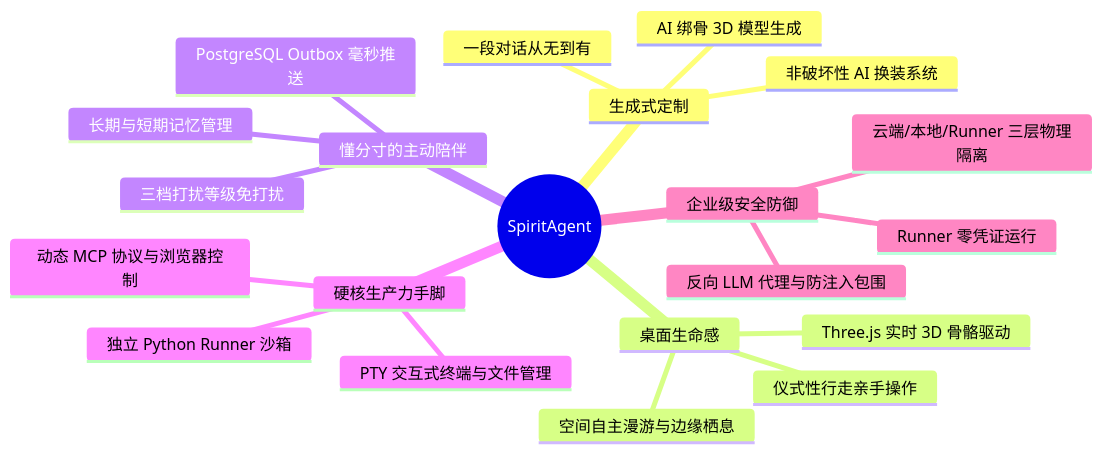
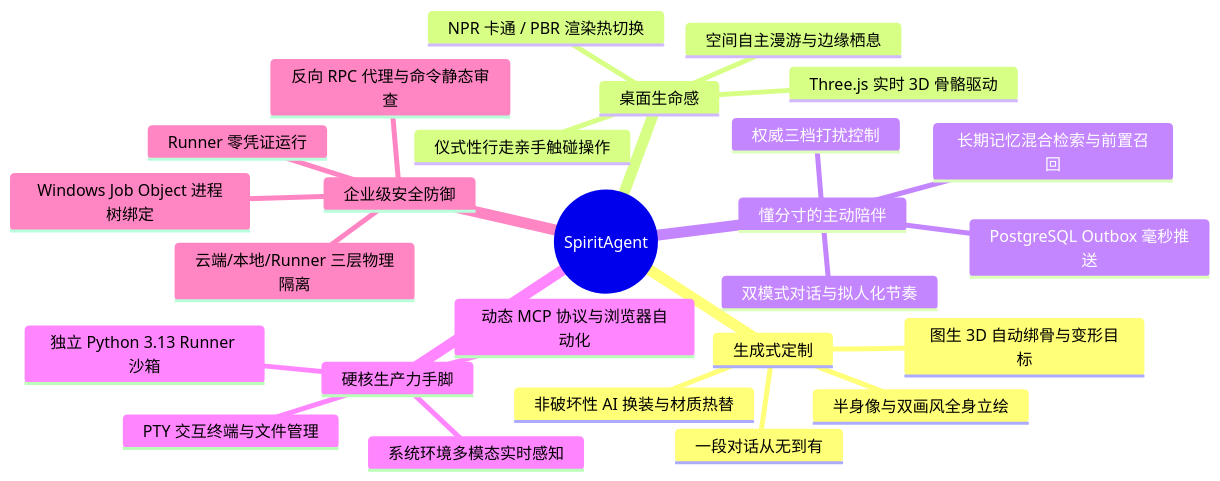
One commit to yangjinming1062/DeskAgent changed the diagram in README.md. Above: the diagram before and after it, drawn with Mermaid. The commit also changed other lines of this file and 4 other files, not shown here.

First line of the commit message:
docs(docs): 同步最新产品逻辑与全身立绘图像资产

````diff
--- a/README.md
+++ b/README.md
@@ -33,24 +33,29 @@
 ```mermaid
 mindmap
   root((SpiritAgent))
     生成式定制
       一段对话从无到有
-      AI 绑骨 3D 模型生成
-      非破坏性 AI 换装系统
+      半身像与双画风全身立绘
+      图生 3D 自动绑骨与变形目标
+      非破坏性 AI 换装与材质热替
     桌面生命感
       Three.js 实时 3D 骨骼驱动
+      NPR 卡通 / PBR 渲染热切换
       空间自主漫游与边缘栖息
-      仪式性行走亲手操作
+      仪式性行走亲手触碰操作
     懂分寸的主动陪伴
-      长期与短期记忆管理
+      长期记忆混合检索与前置召回
       PostgreSQL Outbox 毫秒推送
-      三档打扰等级免打扰
+      权威三档打扰控制
+      双模式对话与拟人化节奏
     硬核生产力手脚
-      独立 Python Runner 沙箱
-      PTY 交互式终端与文件管理
-      动态 MCP 协议与浏览器控制
+      独立 Python 3.13 Runner 沙箱
+      PTY 交互终端与文件管理
+      动态 MCP 协议与浏览器自动化
+      系统环境多模态实时感知
     企业级安全防御
       云端/本地/Runner 三层物理隔离
       Runner 零凭证运行
-      反向 LLM 代理与防注入包围
+      反向 RPC 代理与命令静态审查
+      Windows Job Object 进程树绑定
 ```
````
